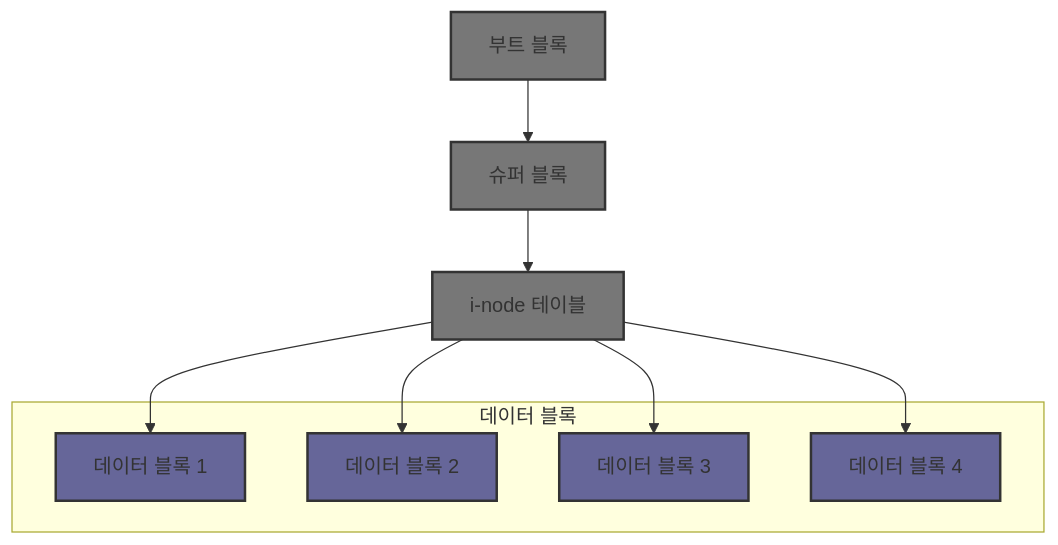
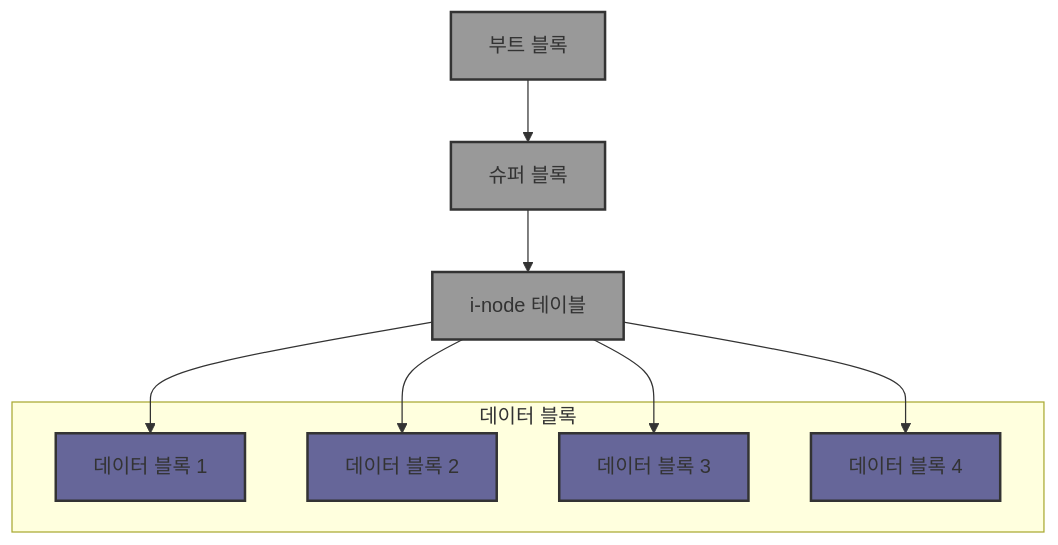
One commit to kakaotech-25/cs-plant-interview changed the diagram in OS/파일시스템/디스크블록.md. Above: the diagram before and after it, drawn with Mermaid.

````diff
--- a/OS/파일시스템/디스크블록.md
+++ b/OS/파일시스템/디스크블록.md
@@ -15,25 +15,25 @@
 ```mermaid
 graph TB
     A[부트 블록] --> B[슈퍼 블록]
     B --> C[i-node 테이블]
     subgraph 데이터 블록
         D1[데이터 블록 1]
         D2[데이터 블록 2]
         D3[데이터 블록 3]
         D4[데이터 블록 4]
     end
     C --> D1
     C --> D2
     C --> D3
     C --> D4
 
-    style A fill:#777777,stroke:#333333,stroke-width:2px
-    style B fill:#777777,stroke:#333333,stroke-width:2px
-    style C fill:#777777,stroke:#333333,stroke-width:2px
+    style A fill:#999999,stroke:#333333,stroke-width:2px
+    style B fill:#999999,stroke:#333333,stroke-width:2px
+    style C fill:#999999,stroke:#333333,stroke-width:2px
     style D1 fill:#666699,stroke:#333333,stroke-width:2px
     style D2 fill:#666699,stroke:#333333,stroke-width:2px
     style D3 fill:#666699,stroke:#333333,stroke-width:2px
     style D4 fill:#666699,stroke:#333333,stroke-width:2px
 
 
 ```
````
